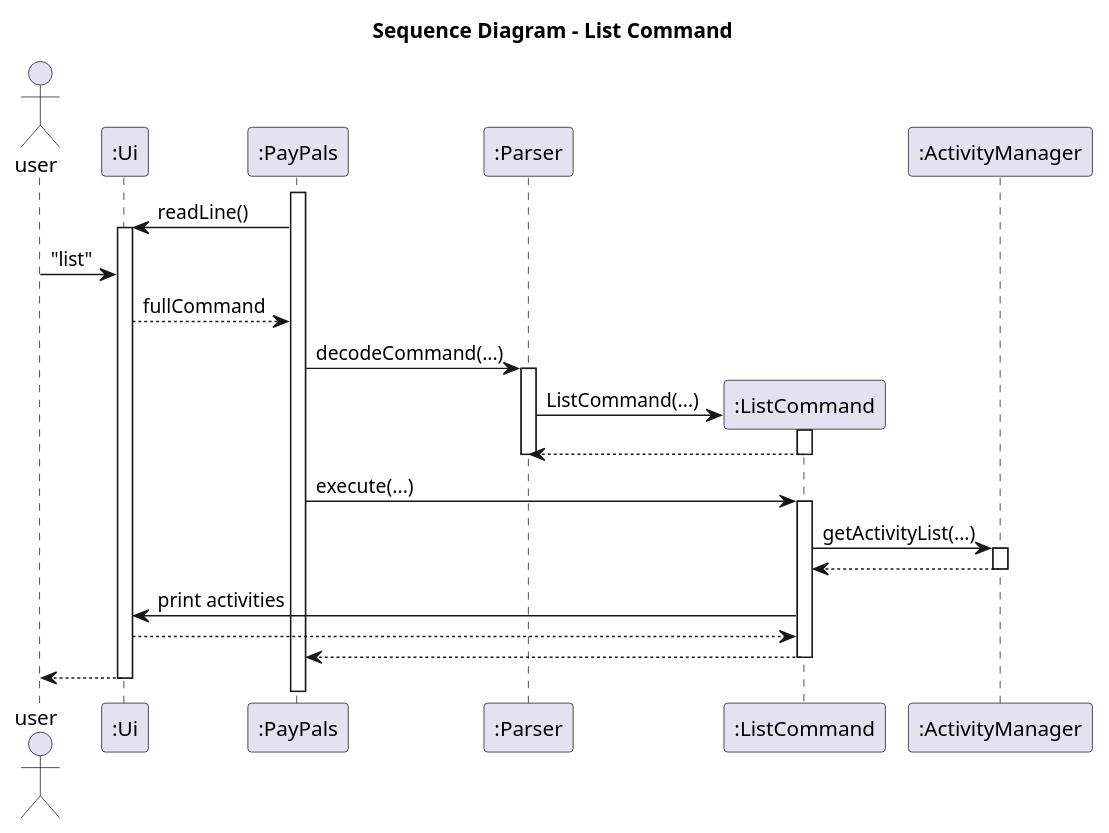
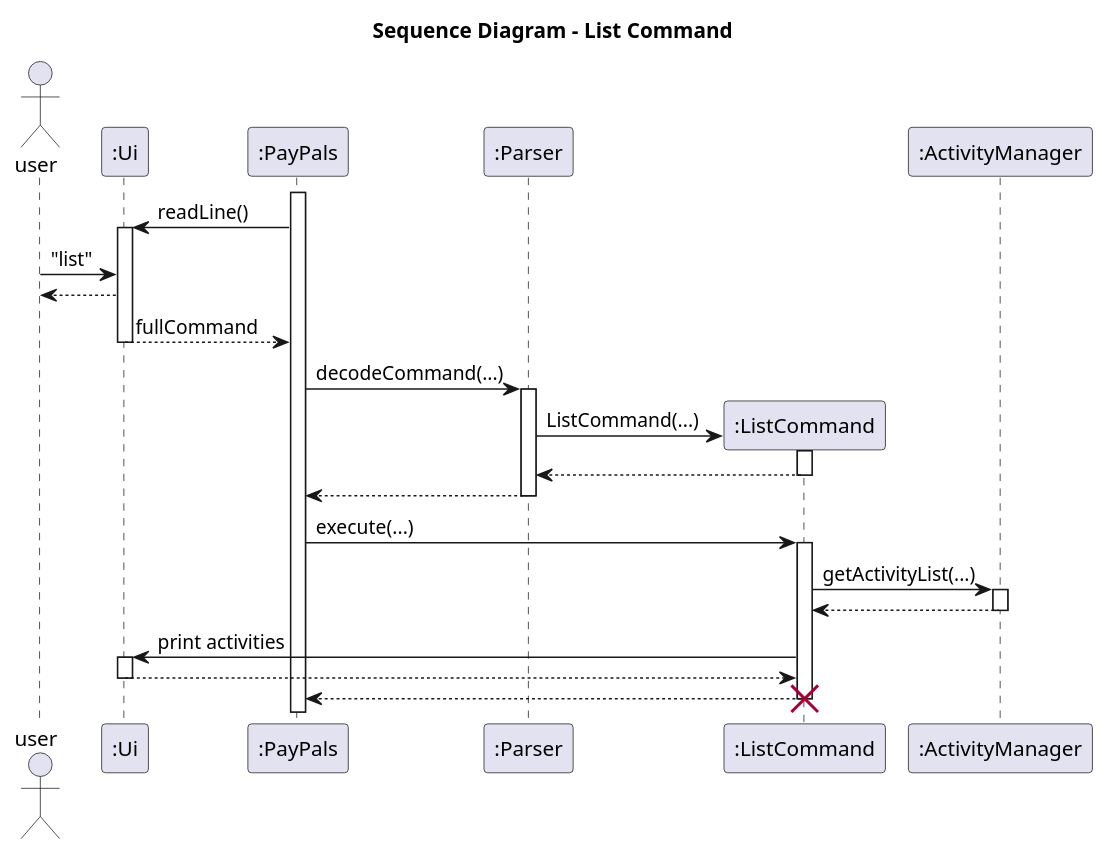
The diagram in docs/diagrams/ListCmdSeq.puml (jing-yen/tp), drawn with PlantUML before and after one commit. The commit also changed 6 other files, not shown here.

```diff
--- a/docs/diagrams/ListCmdSeq.puml
+++ b/docs/diagrams/ListCmdSeq.puml
@@ -1,39 +1,45 @@
 @startuml
 title Sequence Diagram - List Command
 actor user
 
 participant ":Ui" as ui
 participant ":PayPals" as pp
 participant ":Parser" as parser
 participant ":ListCommand" as listCmd
 participant ":ActivityManager" as mgr
 
 activate pp
 pp -> ui : readLine()
 activate ui
 user -> ui : "list"
+ui --> user
 ui --> pp : fullCommand
+deactivate ui
 
 pp -> parser : decodeCommand(...)
 activate parser
 parser -> listCmd **: ListCommand(...)
 activate listCmd
 listCmd --> parser :
 deactivate listCmd
+parser --> pp
 deactivate parser
 
 pp -> listCmd : execute(...)
 activate listCmd
 listCmd -> mgr : getActivityList(...)
 activate mgr
 mgr --> listCmd :
 deactivate mgr
 
 listCmd -> ui : print activities
+activate ui
 ui --> listCmd :
+deactivate ui
 
 listCmd --> pp
 deactivate listCmd
-ui --> user
-deactivate ui
+
+destroy listCmd
+
 @enduml
```
